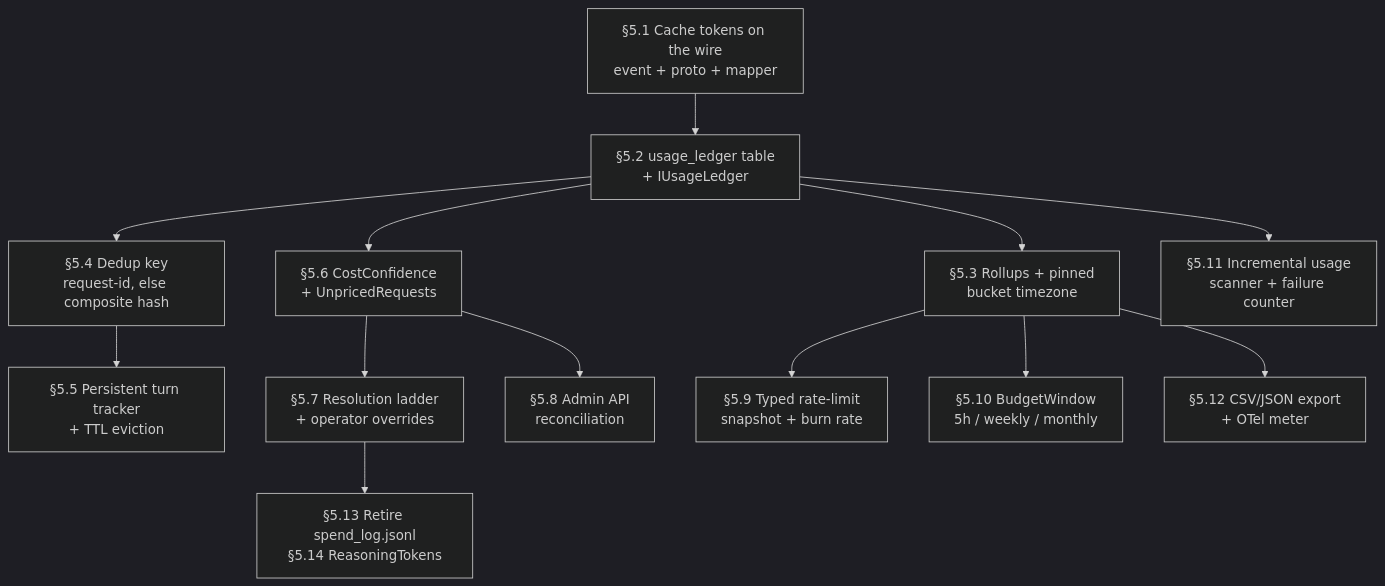
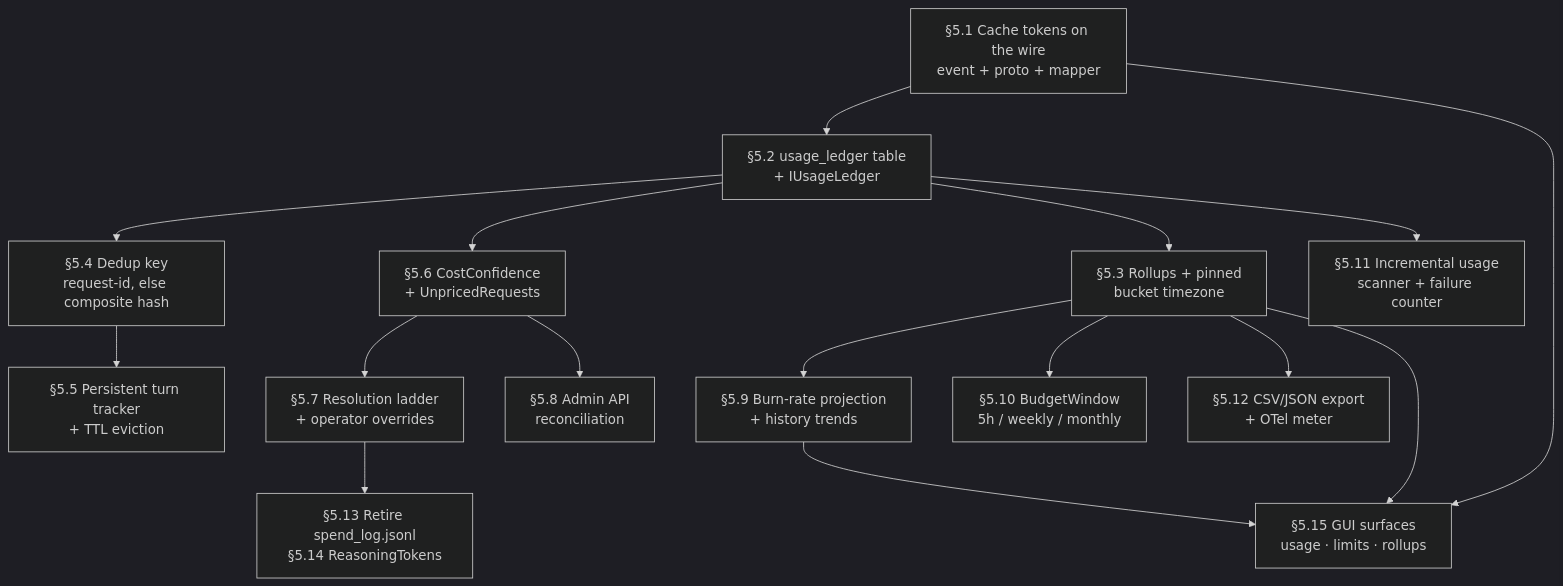
One commit to davidpizon/TotallyHot-ArcRouter changed the second of 2 diagrams in docs/router/token-tracking-improvements.md. Above: the diagram before and after it, drawn with Mermaid (dark theme). The commit also changed other lines of this file and 36 other files, not shown here.

First line of the commit message:
Sync docs and comments to current plan and roadmap

````diff
--- a/docs/router/token-tracking-improvements.md
+++ b/docs/router/token-tracking-improvements.md
@@ -1022,29 +1107,33 @@
 ```mermaid
 flowchart TD
     P0A["§5.1 Cache tokens on the wire<br/>event + proto + mapper"]
     P0B["§5.2 usage_ledger table<br/>+ IUsageLedger"]
     P1A["§5.4 Dedup key<br/>request-id, else composite hash"]
     P1B["§5.6 CostConfidence<br/>+ UnpricedRequests"]
     P1C["§5.5 Persistent turn tracker<br/>+ TTL eviction"]
     P1D["§5.3 Rollups + pinned<br/>bucket timezone"]
     P1E["§5.7 Resolution ladder<br/>+ operator overrides"]
-    P2A["§5.9 Typed rate-limit<br/>snapshot + burn rate"]
+    P2A["§5.9 Burn-rate projection<br/>+ history trends"]
     P2B["§5.10 BudgetWindow<br/>5h / weekly / monthly"]
     P2C["§5.12 CSV/JSON export<br/>+ OTel meter"]
     P2D["§5.11 Incremental usage<br/>scanner + failure counter"]
     P2E["§5.8 Admin API<br/>reconciliation"]
     P3["§5.13 Retire spend_log.jsonl<br/>§5.14 ReasoningTokens"]
+    GUI["§5.15 GUI surfaces<br/>usage · limits · rollups"]
 
     P0A --> P0B
     P0B --> P1A
     P0B --> P1B
     P1A --> P1C
     P0B --> P1D
     P1B --> P1E
     P1D --> P2A
     P1D --> P2B
     P1D --> P2C
     P1B --> P2E
     P0B --> P2D
     P1E --> P3
+    P0A --> GUI
+    P1D --> GUI
+    P2A --> GUI
 ```
````
